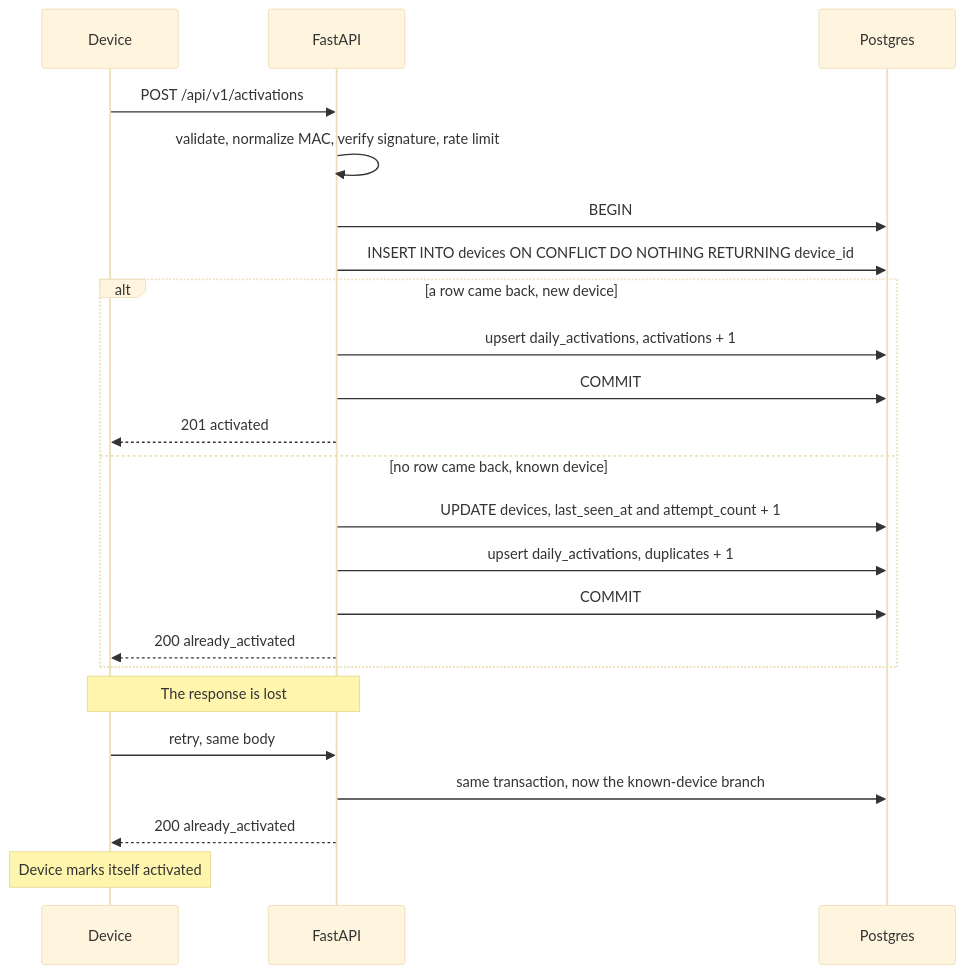
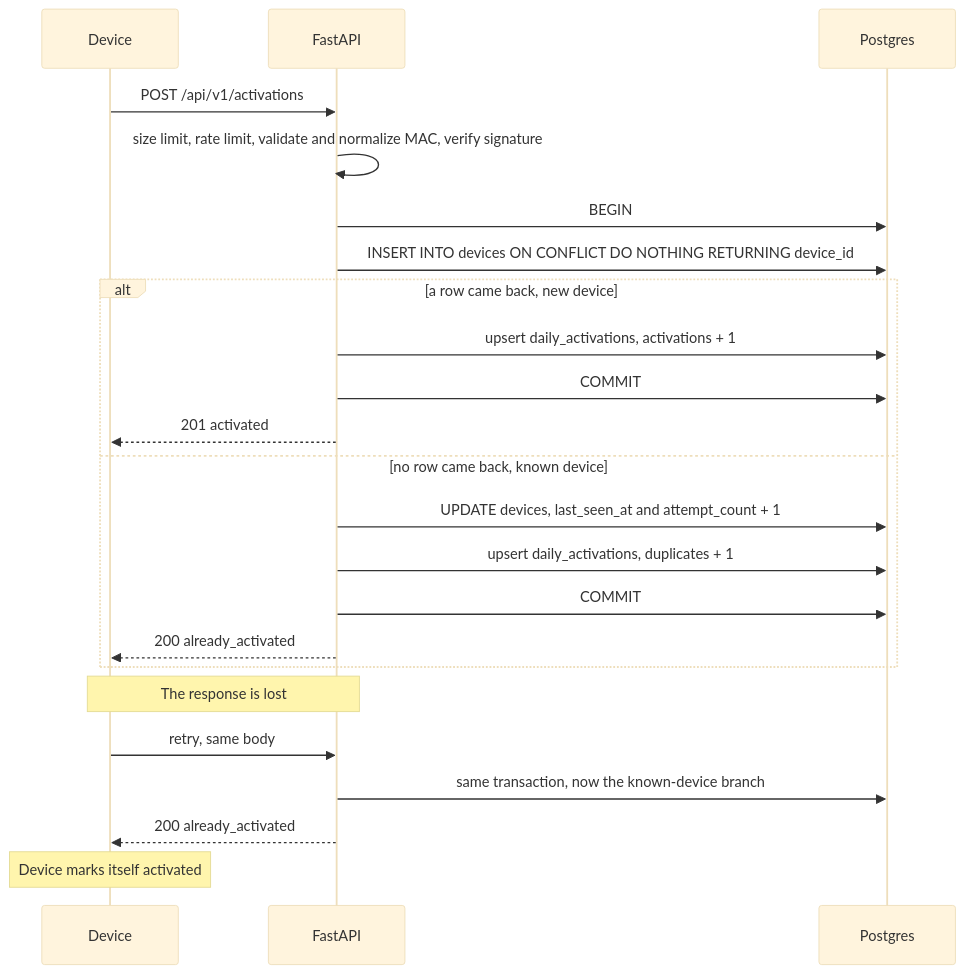
Before and after one commit to omer-shen-tzur/activation-server: the second of 2 diagrams in README.md, drawn with Mermaid (base theme). The commit also changed other lines of this file, not shown here.

````diff
--- a/README.md
+++ b/README.md
@@ -60,25 +115,25 @@
 ```mermaid
 sequenceDiagram
     participant D as Device
     participant A as FastAPI
     participant P as Postgres
     D->>A: POST /api/v1/activations
-    A->>A: validate, normalize MAC, verify signature, rate limit
+    A->>A: size limit, rate limit, validate and normalize MAC, verify signature
     A->>P: BEGIN
     A->>P: INSERT INTO devices ON CONFLICT DO NOTHING RETURNING device_id
     alt a row came back, new device
         A->>P: upsert daily_activations, activations + 1
         A->>P: COMMIT
         A-->>D: 201 activated
     else no row came back, known device
         A->>P: UPDATE devices, last_seen_at and attempt_count + 1
         A->>P: upsert daily_activations, duplicates + 1
         A->>P: COMMIT
         A-->>D: 200 already_activated
     end
     Note over D,A: The response is lost
     D->>A: retry, same body
     A->>P: same transaction, now the known-device branch
     A-->>D: 200 already_activated
     Note over D: Device marks itself activated
 ```
````
